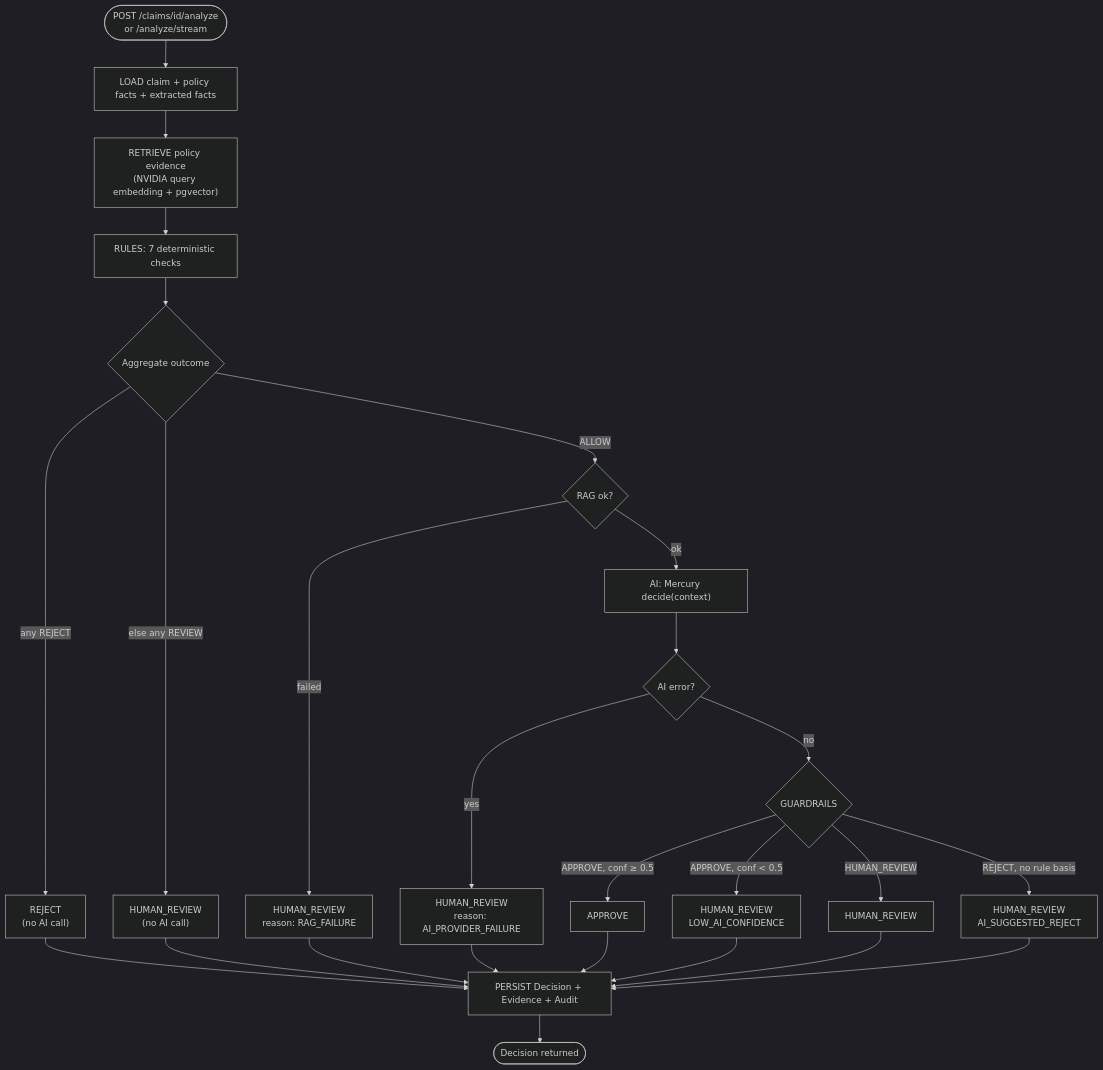
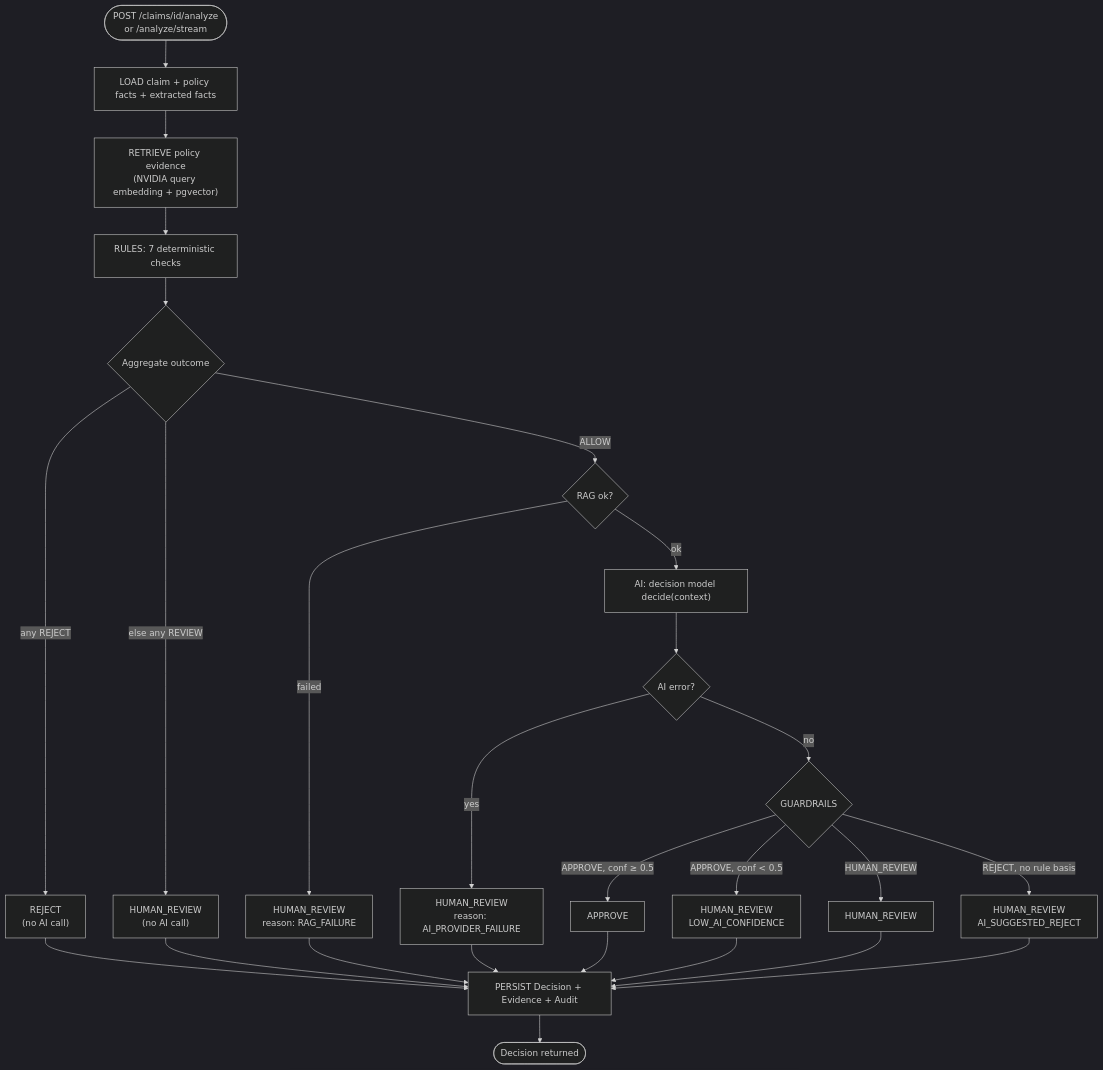
Before and after one commit to arshdeep3010/health-claim-decision-agent: the third of 14 diagrams in PROJECT.md, drawn with Mermaid (dark theme). The commit also changed other lines of this file and 4 other files, not shown here.

First line of the commit message:
Docs: decision-model judge, live AWS deployment, test counts

````diff
--- a/PROJECT.md
+++ b/PROJECT.md
@@ -142,26 +147,26 @@
 ```mermaid
 flowchart TD
   start(["POST /claims/id/analyze<br/>or /analyze/stream"]) --> load["LOAD claim + policy facts + extracted facts"]
   load --> ragq["RETRIEVE policy evidence<br/>(NVIDIA query embedding + pgvector)"]
   ragq --> rules["RULES: 7 deterministic checks"]
   rules --> agg{"Aggregate outcome"}
 
   agg -->|any REJECT| rej["REJECT<br/>(no AI call)"]
   agg -->|else any REVIEW| rev["HUMAN_REVIEW<br/>(no AI call)"]
   agg -->|ALLOW| ragok{"RAG ok?"}
 
   ragok -->|failed| revR["HUMAN_REVIEW<br/>reason: RAG_FAILURE"]
-  ragok -->|ok| aicall["AI: Mercury decide(context)"]
+  ragok -->|ok| aicall["AI: decision model decide(context)"]
 
   aicall --> aifail{"AI error?"}
   aifail -->|yes| revA["HUMAN_REVIEW<br/>reason: AI_PROVIDER_FAILURE"]
   aifail -->|no| fuse{"GUARDRAILS"}
 
   fuse -->|APPROVE, conf ≥ 0.5| app["APPROVE"]
   fuse -->|APPROVE, conf < 0.5| revC["HUMAN_REVIEW<br/>LOW_AI_CONFIDENCE"]
   fuse -->|HUMAN_REVIEW| revH["HUMAN_REVIEW"]
   fuse -->|REJECT, no rule basis| revJ["HUMAN_REVIEW<br/>AI_SUGGESTED_REJECT"]
 
   rej & rev & revR & revA & app & revC & revH & revJ --> persist["PERSIST Decision + Evidence + Audit"]
   persist --> done(["Decision returned"])
 ```
````
